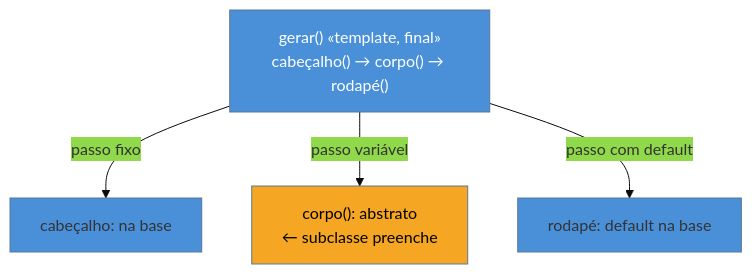
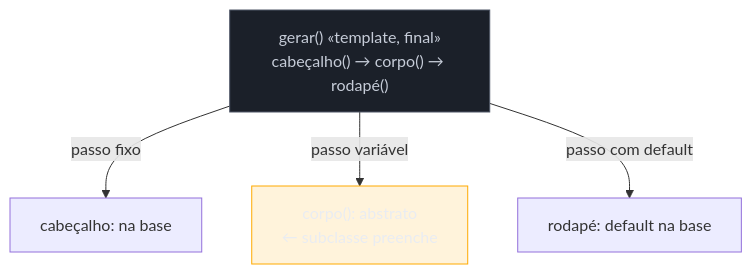
The diagram in 03-Dominios/Engenharia/Design de Software/Padrões de Projeto/Clássicos (GoF)/15 - Template Method.md (josenaldo/codex-technomanticus), drawn with Mermaid before and after one commit. The commit also changed 1181 other files, not shown here.

First line of the commit message:
fix(diagramas): paleta do sistema no lugar de cor cravada no markdown

````diff
--- a/03-Dominios/Engenharia/Design de Software/Padrões de Projeto/Clássicos (GoF)/15 - Template Method.md
+++ b/03-Dominios/Engenharia/Design de Software/Padrões de Projeto/Clássicos (GoF)/15 - Template Method.md
@@ -34,11 +34,12 @@
 ```mermaid
-%%{init: {"theme": "base", "themeVariables": {"primaryColor": "#4A90D9"}}}%%
 graph TD
+    classDef neutro fill:#1B2029,stroke:#4E5666,color:#C6CCD8
+    classDef destaque fill:#FFAA0024,stroke:#FFAA00,color:#E9ECF2
     T["gerar() «template, final»<br/>cabeçalho() → corpo() → rodapé()"]
     T -->|passo fixo| H[cabeçalho: na base]
     T -->|passo variável| C1["corpo(): abstrato<br/>← subclasse preenche"]
     T -->|passo com default| R[rodapé: default na base]
 
-    style T fill:#4A90D9,color:#fff
-    style C1 fill:#F5A623,color:#000
+    class T neutro
+    class C1 destaque
 ```
````
